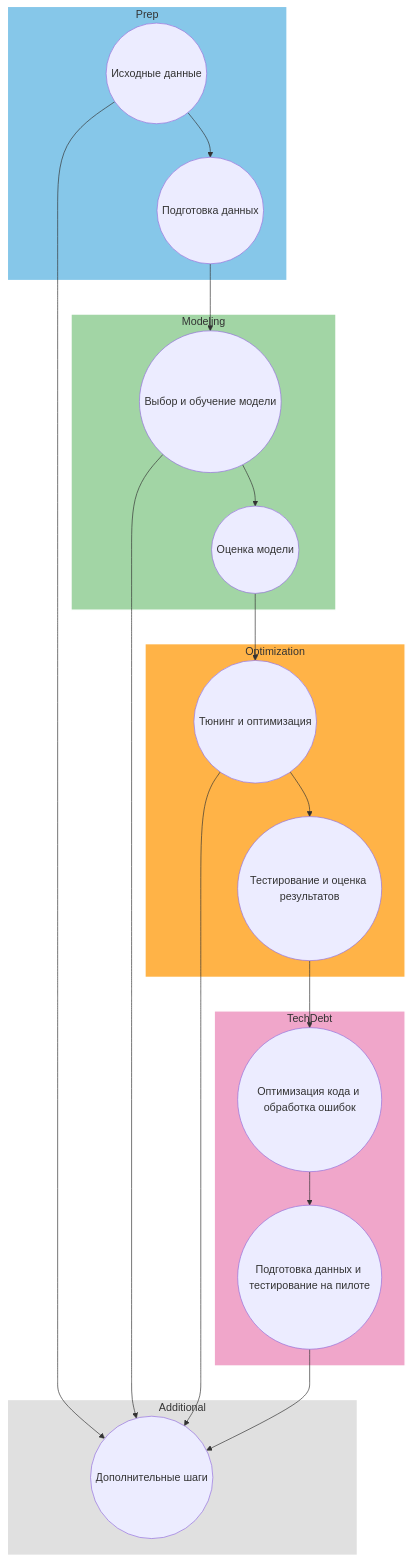
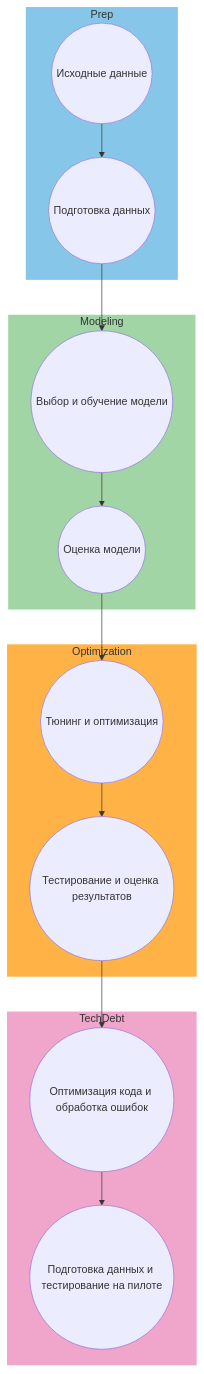
One commit to yliasolom/Behavioral-biometrics changed the diagram in designdoc.md. Above: the diagram before and after it, drawn with Mermaid.

````diff
--- a/designdoc.md
+++ b/designdoc.md
@@ -103,44 +103,35 @@
 ```mermaid
 flowchart TB
 
 style Prep fill:#86c7e9,stroke:#ffffff,stroke-width:2px;
 style Modeling fill:#a2d5a5,stroke:#ffffff,stroke-width:2px;
 style Optimization fill:#ffb347,stroke:#ffffff,stroke-width:2px;
 style TechDebt fill:#f0a6ca,stroke:#ffffff,stroke-width:2px;
-style Additional fill:#e0e0e0,stroke:#ffffff,stroke-width:2px;
 
 subgraph Prep
   A((Исходные данные))
   B((Подготовка данных))
   A --> B
 end
 
 subgraph Modeling
   C((Выбор и обучение модели))
   D((Оценка модели))
   C --> D
   B --> C
 end
 
 subgraph Optimization
   E((Тюнинг и оптимизация))
   F((Тестирование и оценка результатов))
   E --> F
   D --> E
 end
 
 subgraph TechDebt
   G((Оптимизация кода и обработка ошибок))
   H((Подготовка данных и тестирование на пилоте))
   G --> H
   F --> G
 end
-
-subgraph Additional
-  I((Дополнительные шаги))
-  A --> I
-  C --> I
-  E --> I
-  H --> I
-end
 ```
````
